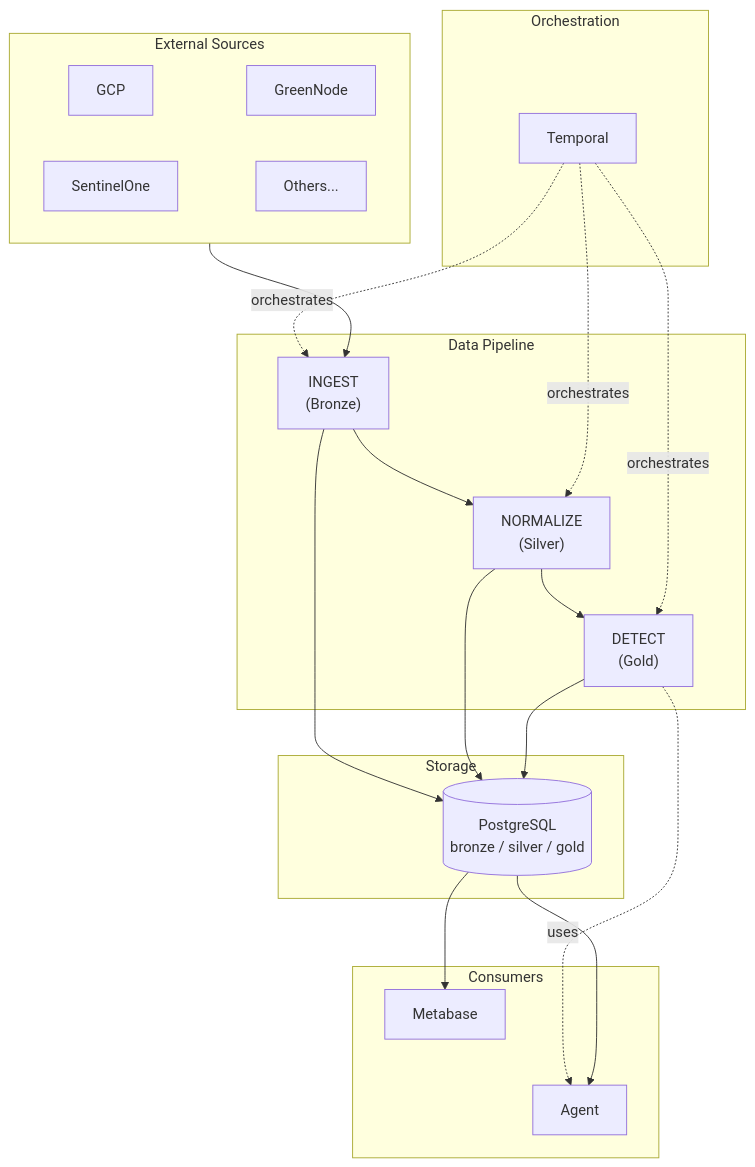
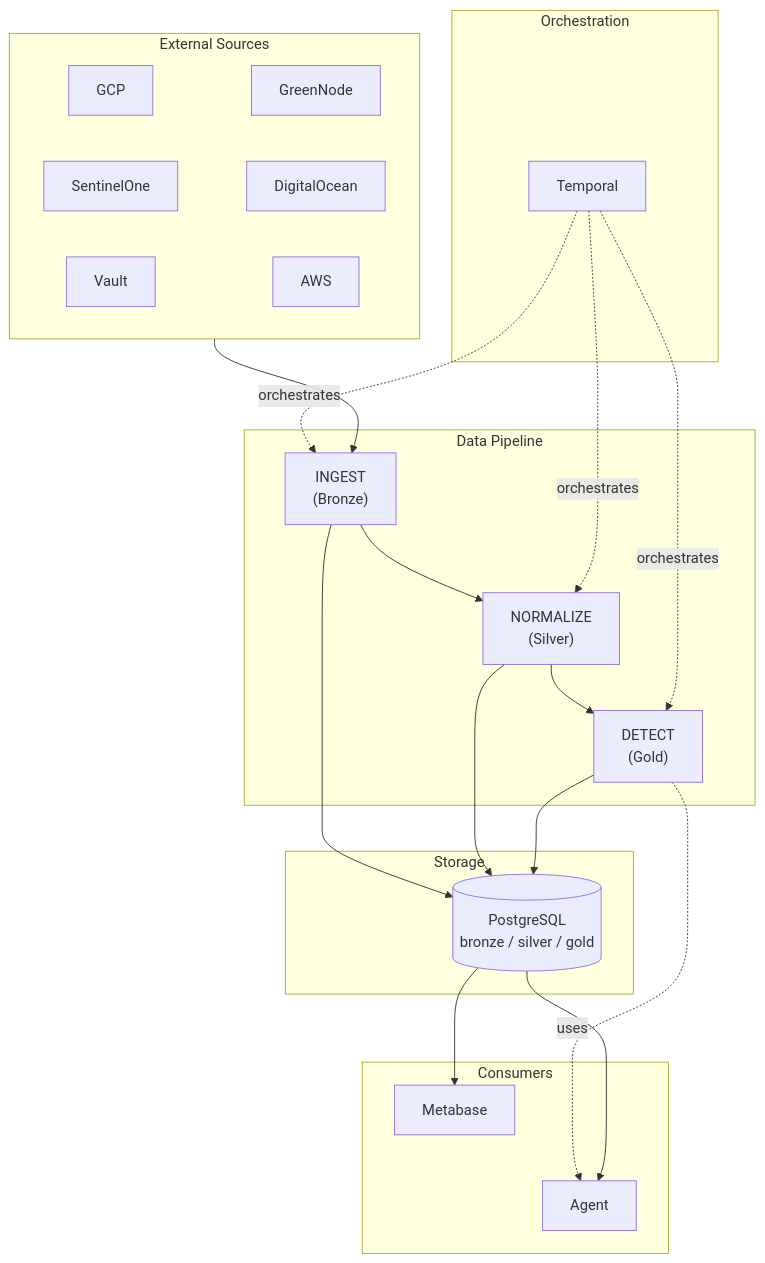
One commit to dannyota/hotpot changed the first of 2 diagrams in docs/architecture/OVERVIEW.md. Above: the diagram before and after it, drawn with Mermaid. The commit also changed other lines of this file and 6 other files, not shown here.

First line of the commit message:
docs: update for per-service ent clients and dialect.Driver architecture

````diff
--- a/docs/architecture/OVERVIEW.md
+++ b/docs/architecture/OVERVIEW.md
@@ -5,29 +5,30 @@
 ```mermaid
 flowchart TD
     subgraph Sources["External Sources"]
         GCP[GCP] ~~~ GN[GreenNode]
-        S1[SentinelOne] ~~~ OTHER[Others...]
+        S1[SentinelOne] ~~~ DO[DigitalOcean]
+        VAULT[Vault] ~~~ AWS[AWS]
     end
 
     subgraph Orchestration["Orchestration"]
         TEMPORAL[Temporal] 
     end
 
     subgraph Pipeline["Data Pipeline"]
         INGEST["INGEST<br/>(Bronze)"] --> NORMALIZE["NORMALIZE<br/>(Silver)"] --> DETECT["DETECT<br/>(Gold)"]
     end
 
     subgraph Storage["Storage"]
         DB[(PostgreSQL<br/>bronze / silver / gold)]
     end
 
     subgraph Consumers["Consumers"]
         METABASE["Metabase"] ~~~ AGENT["Agent"]
     end
 
     Sources --> INGEST
     TEMPORAL -.->|orchestrates| INGEST & NORMALIZE & DETECT
     INGEST & NORMALIZE & DETECT --> DB
     DETECT -.->|uses| AGENT
     DB --> METABASE & AGENT
 ```
````
